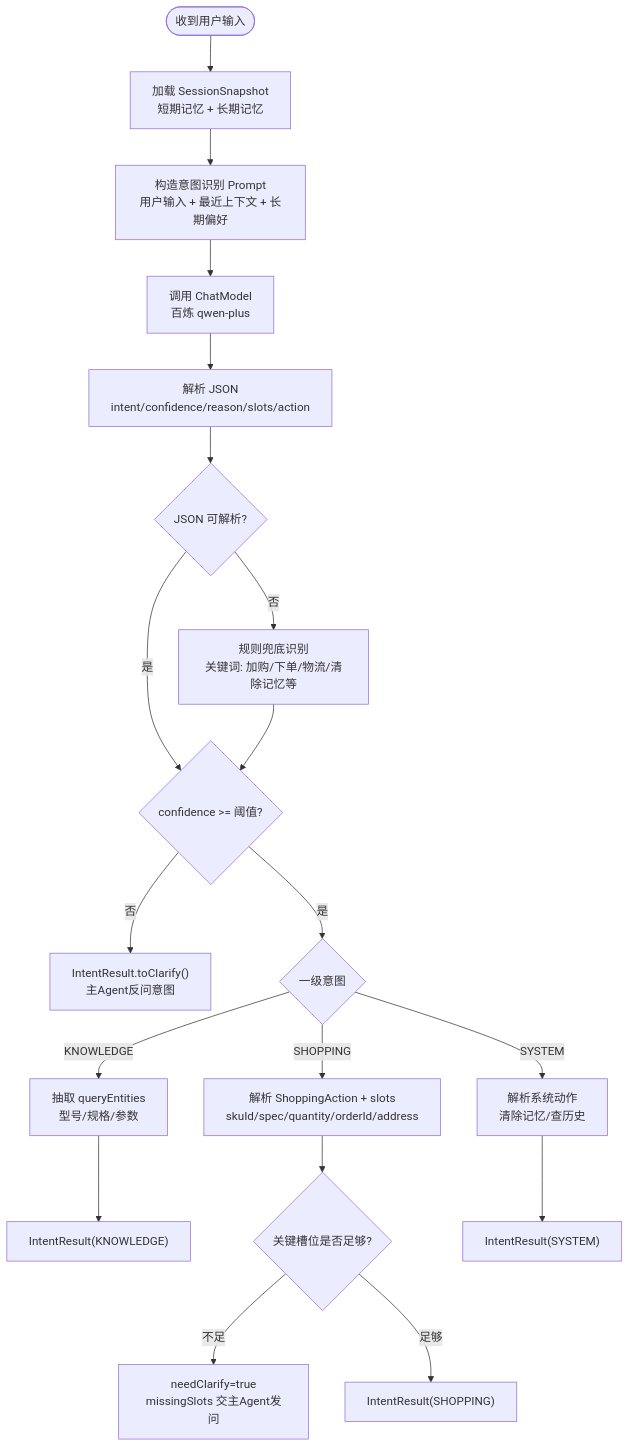
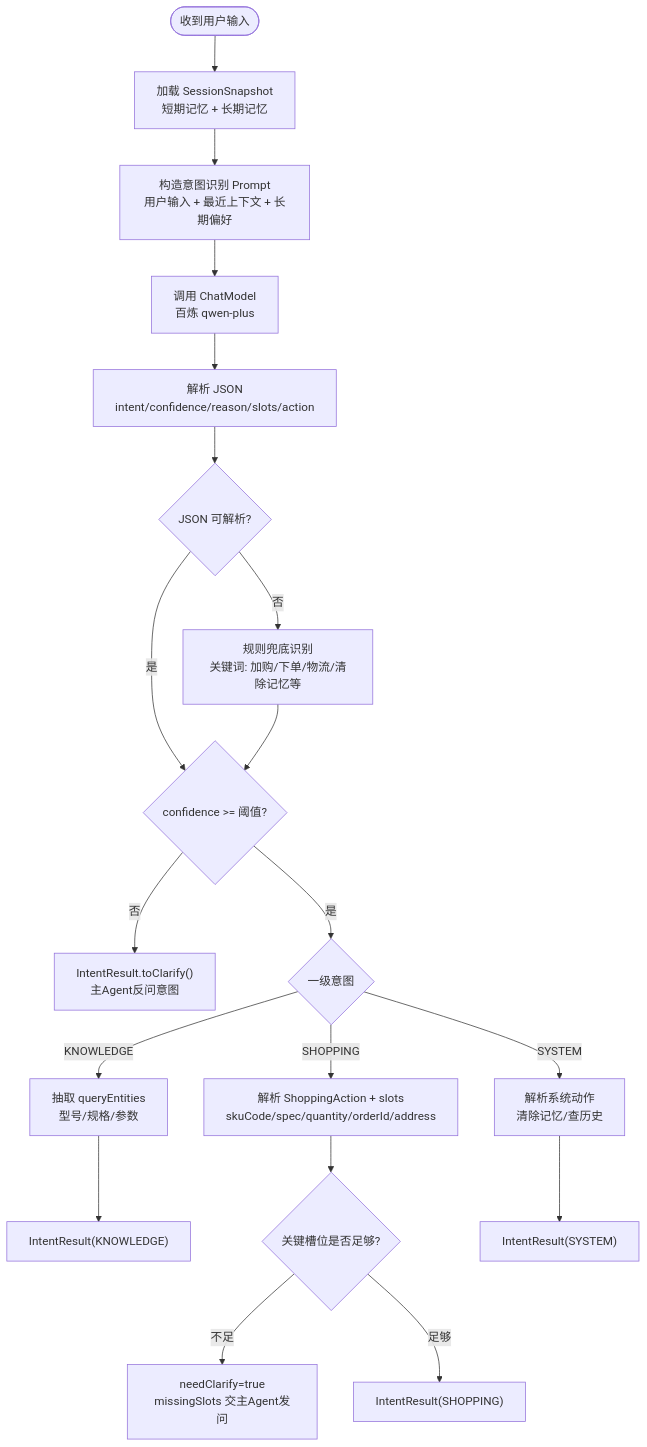
The second of 6 diagrams in doc/主Agent-技术架构.md (liyunyi-gif/Xiaomi-Shopping-Agent), drawn with Mermaid before and after one commit. The commit also changed other lines of this file and 19 other files, not shown here.

````diff
--- a/doc/主Agent-技术架构.md
+++ b/doc/主Agent-技术架构.md
@@ -145,21 +156,21 @@
 ```mermaid
 flowchart TD
     START([收到用户输入]) --> LOAD["加载 SessionSnapshot<br/>短期记忆 + 长期记忆"]
     LOAD --> BUILD["构造意图识别 Prompt<br/>用户输入 + 最近上下文 + 长期偏好"]
     BUILD --> LLM["调用 ChatModel<br/>百炼 qwen-plus"]
     LLM --> PARSE["解析 JSON<br/>intent/confidence/reason/slots/action"]
     PARSE --> VALID{"JSON 可解析?"}
     VALID -- "否" --> FALLBACK["规则兜底识别<br/>关键词: 加购/下单/物流/清除记忆等"]
     VALID -- "是" --> CONF{"confidence >= 阈值?"}
     FALLBACK --> CONF
     CONF -- "否" --> CLARIFY["IntentResult.toClarify()<br/>主Agent反问意图"]
     CONF -- "是" --> TYPE{"一级意图"}
     TYPE -- "KNOWLEDGE" --> ENT["抽取 queryEntities<br/>型号/规格/参数"]
-    TYPE -- "SHOPPING" --> SLOT["解析 ShoppingAction + slots<br/>skuId/spec/quantity/orderId/address"]
+    TYPE -- "SHOPPING" --> SLOT["解析 ShoppingAction + slots<br/>skuCode/spec/quantity/orderId/address"]
     TYPE -- "SYSTEM" --> SYS["解析系统动作<br/>清除记忆/查历史"]
     ENT --> OUT["IntentResult(KNOWLEDGE)"]
     SLOT --> CHECK_SLOT{"关键槽位是否足够?"}
     CHECK_SLOT -- "不足" --> CLARIFY_SLOT["needClarify=true<br/>missingSlots 交主Agent发问"]
     CHECK_SLOT -- "足够" --> OUT_SHOP["IntentResult(SHOPPING)"]
     SYS --> OUT_SYS["IntentResult(SYSTEM)"]
 ```
````
